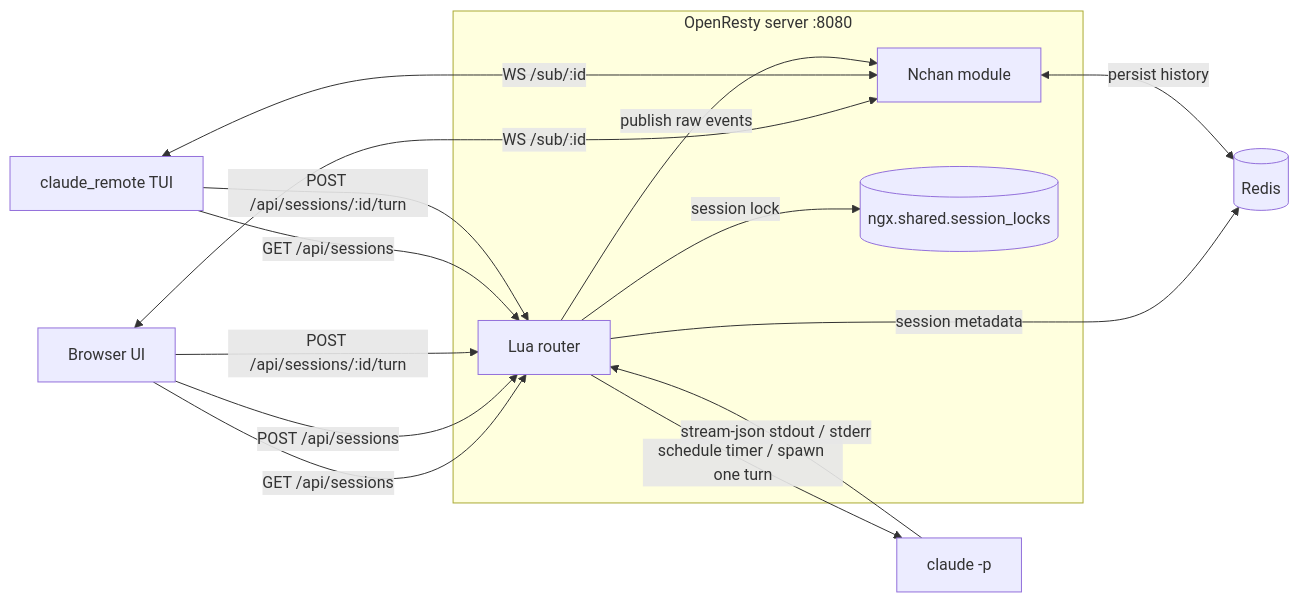
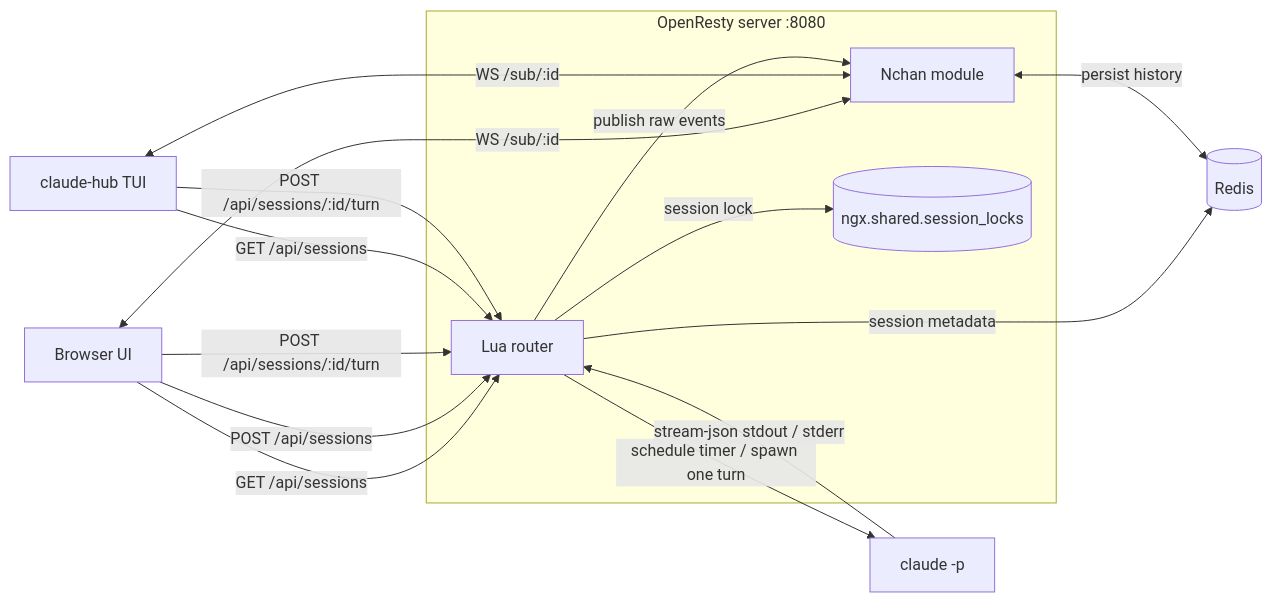
Before and after one commit to lloydzhou/claude-hub: the diagram in README.md, drawn with Mermaid. The commit also changed other lines of this file and 12 other files, not shown here.

First line of the commit message:
feat: rename to claude-hub, add TUI features, multi-stage Docker build

````diff
--- a/README.md
+++ b/README.md
@@ -15,28 +15,28 @@
 ```mermaid
 flowchart LR
   UI[Browser UI]
-  TUI[claude_remote TUI]
+  TUI[claude-hub TUI]
   subgraph OR[OpenResty server :8080]
     LUA[Lua router]
     NCHAN[Nchan module]
     SHM[(ngx.shared.session_locks)]
   end
   REDIS[(Redis)]
   CLAUDE[claude -p]
 
   UI -->|GET /api/sessions| LUA
   UI -->|POST /api/sessions| LUA
   UI -->|POST /api/sessions/:id/turn| LUA
   UI <-->|WS /sub/:id| NCHAN
 
   TUI -->|GET /api/sessions| LUA
   TUI -->|POST /api/sessions/:id/turn| LUA
   TUI <-->|WS /sub/:id| NCHAN
 
   LUA -->|session lock| SHM
   LUA -->|session metadata| REDIS
   LUA -->|schedule timer / spawn one turn| CLAUDE
   CLAUDE -->|stream-json stdout / stderr| LUA
   LUA -->|publish raw events| NCHAN
   NCHAN <-->|persist history| REDIS
 ```
````
